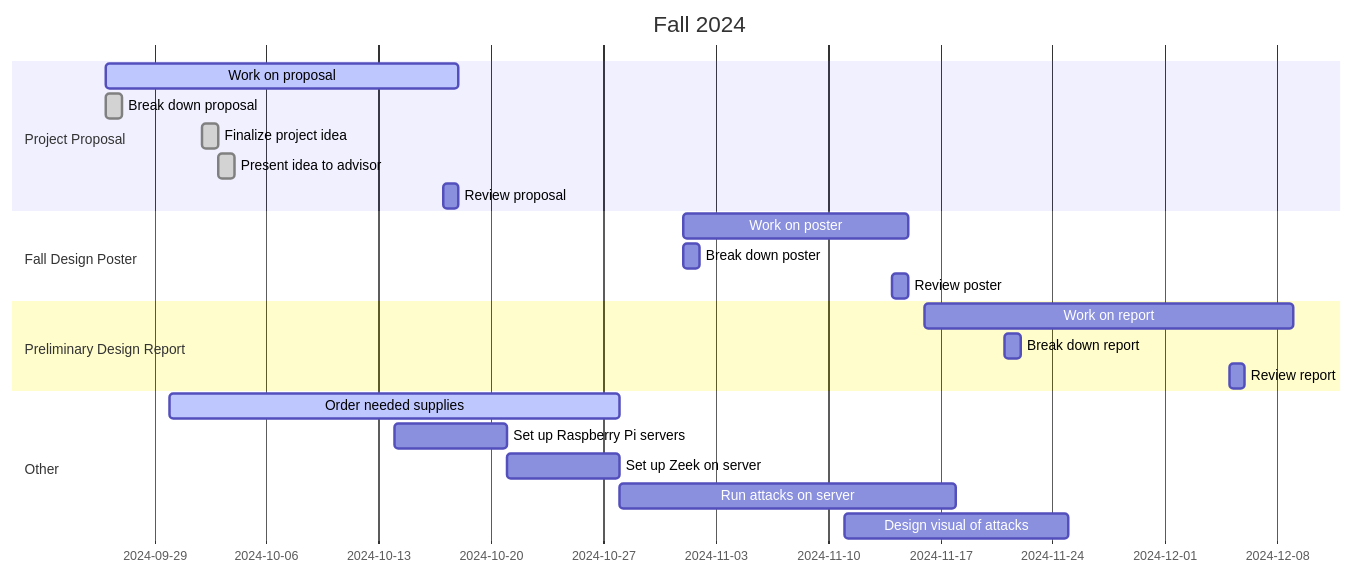
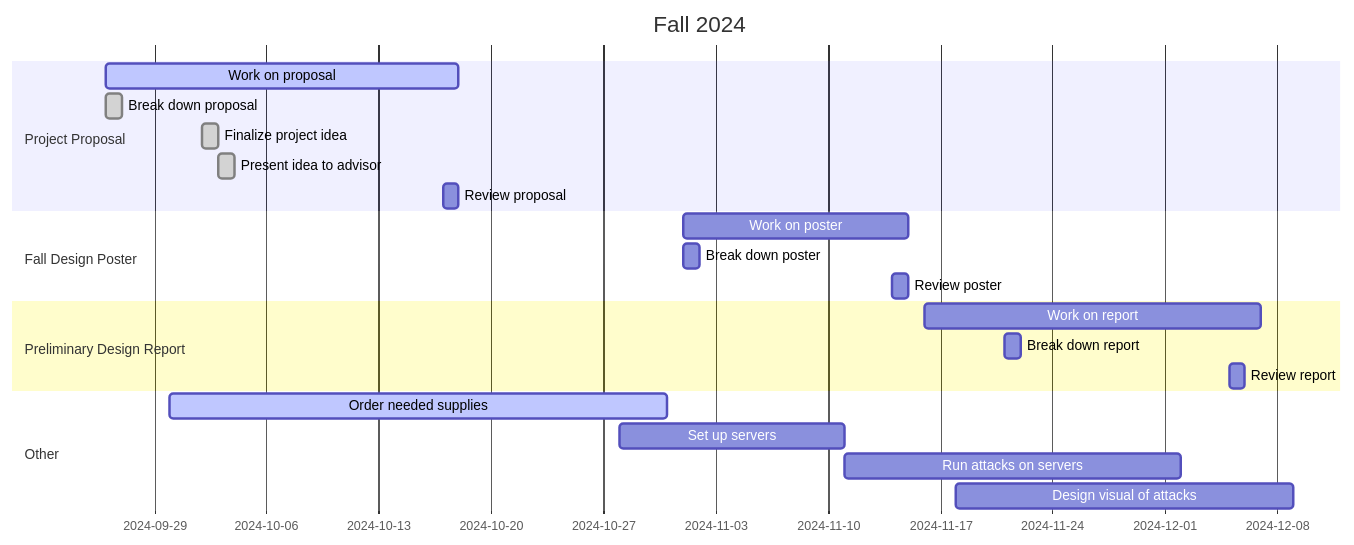
One commit to VCU-CS-Capstone/CS-25-341-CyberSecurity-Visualization changed the diagram in src/ProjectGanttChart.qmd. Above: the diagram before and after it, drawn with Mermaid. The commit also changed 1 other file, not shown here.

Commit message:
Updated project schedule

````diff
--- a/src/ProjectGanttChart.qmd
+++ b/src/ProjectGanttChart.qmd
@@ -16,31 +16,30 @@
 ```{mermaid}
 gantt
     dateFormat  MM-DD
     title       Fall 2024
     todayMarker off
 
     section Project Proposal
     Work on proposal                    :active,    09-26, 10-18
     Break down proposal                 :done,      09-26, 1d
     Finalize project idea               :done,      10-02, 1d
     Present idea to advisor             :done,      10-03, 1d
     Review proposal                     :           10-17, 1d
 
     section Fall Design Poster
     Work on poster                      :           11-01, 11-15
     Break down poster                   :           11-01, 1d
     Review poster                       :           11-14, 1d
 
     section Preliminary Design Report
-    Work on report                      :           11-16, 12-09
+    Work on report                      :           11-16, 12-07
     Break down report                   :           11-21, 1d
     Review report                       :           12-05, 1d
 
     section Other
-    Order needed supplies               :active,    task1,       09-30, 4w
-    Set up Raspberry Pi servers         :           task2,       10-14, 1w
-    Set up Zeek on server               :           task3, after task2, 1w
-    Run attacks on server               :           task4, after task3, 3w
-    Design visual of attacks            :           task5,       11-11, 2w
+    Order needed supplies               :active,    task1,       09-30, 10-31
+    Set up servers                      :           task2,       10-28, 2w
+    Run attacks on servers              :           task3, after task2, 3w
+    Design visual of attacks            :           task5,       11-18, 3w
 
 ```
````
